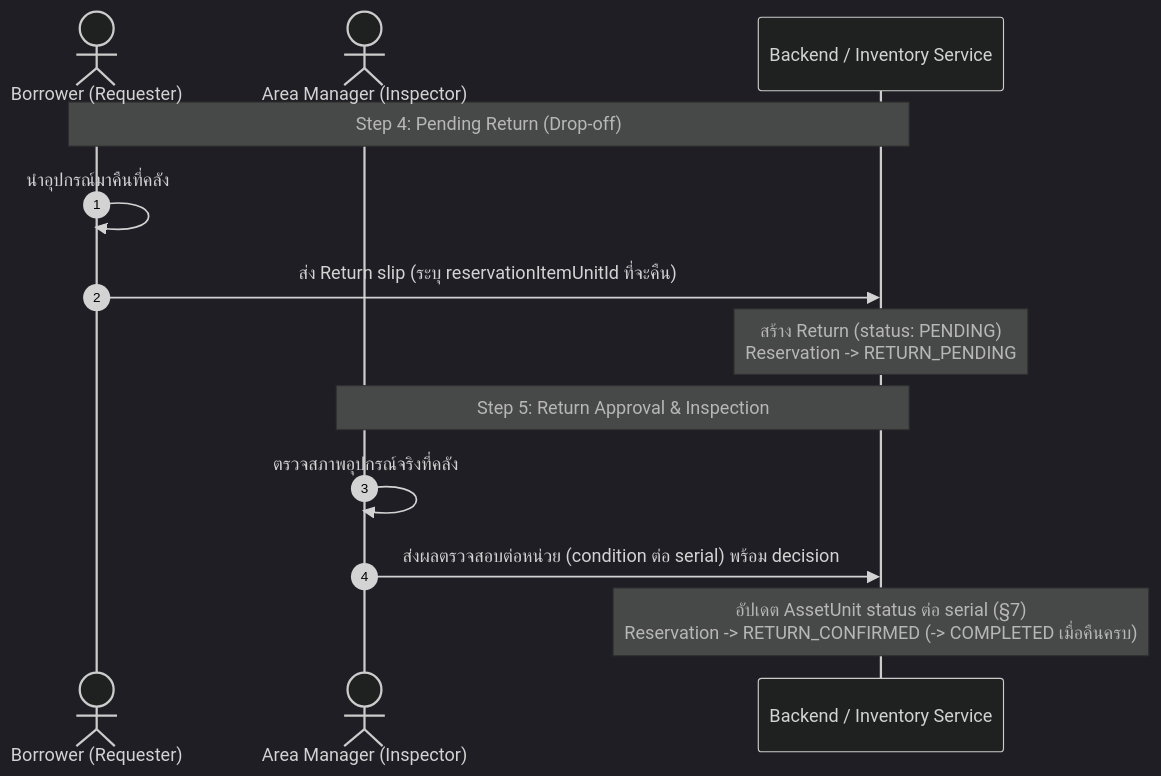
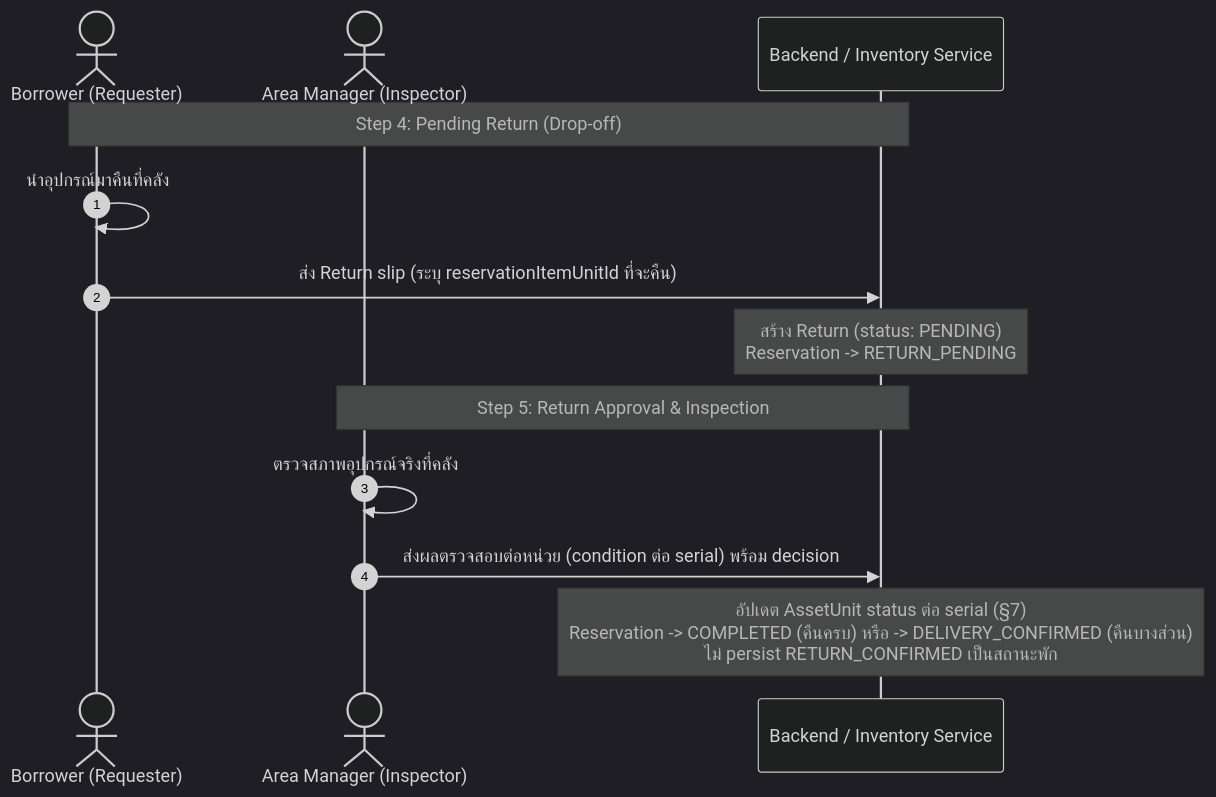
One commit to Faiisu/asset-reserve changed the fifth of 5 diagrams in docs/software_spec/lifecycle-and-state-machines.md. Above: the diagram before and after it, drawn with Mermaid (dark theme). The commit also changed 12 other files, not shown here.

First line of the commit message:
Align reservation/return implementation with docs (docs = SSOT)

````diff
--- a/docs/software_spec/lifecycle-and-state-machines.md
+++ b/docs/software_spec/lifecycle-and-state-machines.md
@@ -144,17 +144,17 @@
 ```mermaid
 sequenceDiagram
     autonumber
     actor Borrower as Borrower (Requester)
     actor Manager as Area Manager (Inspector)
     participant System as Backend / Inventory Service
 
     Note over Borrower,System: Step 4: Pending Return (Drop-off)
     Borrower->>Borrower: นำอุปกรณ์มาคืนที่คลัง
     Borrower->>System: ส่ง Return slip (ระบุ reservationItemUnitId ที่จะคืน)
     Note over System: สร้าง Return (status: PENDING)<br/>Reservation -> RETURN_PENDING
 
     Note over Manager,System: Step 5: Return Approval & Inspection
     Manager->>Manager: ตรวจสภาพอุปกรณ์จริงที่คลัง
     Manager->>System: ส่งผลตรวจสอบต่อหน่วย (condition ต่อ serial) พร้อม decision
-    Note over System: อัปเดต AssetUnit status ต่อ serial (§7)<br/>Reservation -> RETURN_CONFIRMED (-> COMPLETED เมื่อคืนครบ)
+    Note over System: อัปเดต AssetUnit status ต่อ serial (§7)<br/>Reservation -> COMPLETED (คืนครบ) หรือ -> DELIVERY_CONFIRMED (คืนบางส่วน)<br/>ไม่ persist RETURN_CONFIRMED เป็นสถานะพัก
 ```
````
